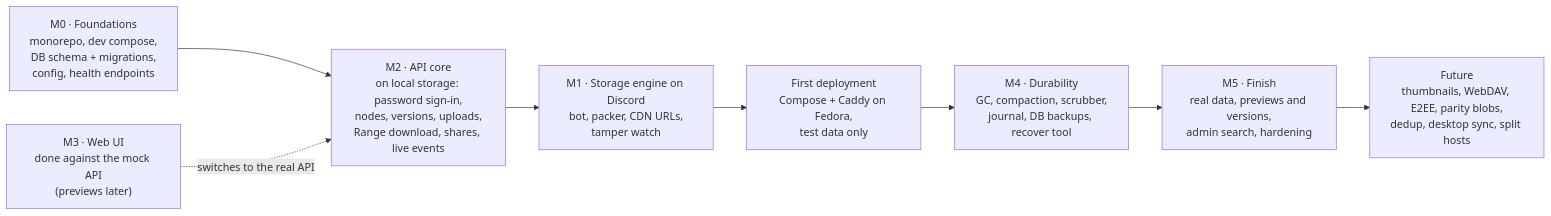
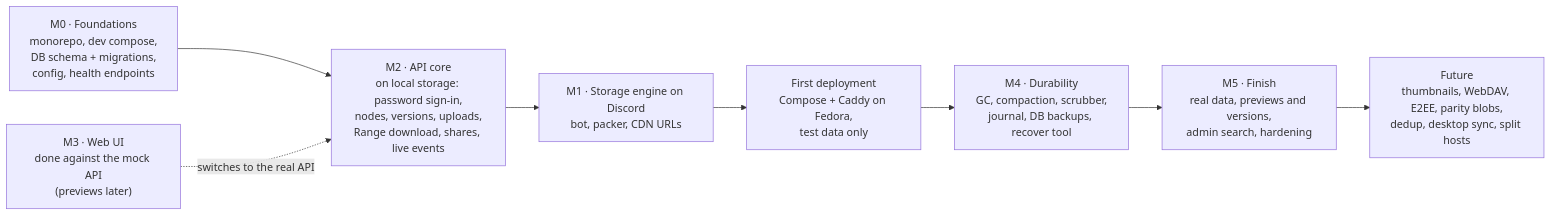
One commit to AlexB8675/DFS changed the tenth of 10 diagrams in docs/DESIGN.md. Above: the diagram before and after it, drawn with Mermaid. The commit also changed other lines of this file and 50 other files, not shown here.

````diff
--- a/docs/DESIGN.md
+++ b/docs/DESIGN.md
@@ -967,10 +960,10 @@
 ```mermaid
 flowchart LR
     M0["M0 · Foundations<br/>monorepo, dev compose,<br/>DB schema + migrations,<br/>config, health endpoints"] --> M2["M2 · API core<br/>on local storage: password sign-in,<br/>nodes, versions, uploads,<br/>Range download, shares, live events"]
     M3["M3 · Web UI<br/>done against the mock API<br/>(previews later)"] -.->|"switches to the real API"| M2
-    M2 --> M1["M1 · Storage engine on Discord<br/>bot, packer, CDN URLs,<br/>tamper watch"]
+    M2 --> M1["M1 · Storage engine on Discord<br/>bot, packer, CDN URLs"]
     M1 --> DEP["First deployment<br/>Compose + Caddy on Fedora,<br/>test data only"]
     DEP --> M4["M4 · Durability<br/>GC, compaction, scrubber,<br/>journal, DB backups, recover tool"]
     M4 --> M5["M5 · Finish<br/>real data, previews and versions,<br/>admin search, hardening"]
     M5 --> F["Future<br/>thumbnails, WebDAV, E2EE, parity blobs,<br/>dedup, desktop sync, split hosts"]
 ```
````
